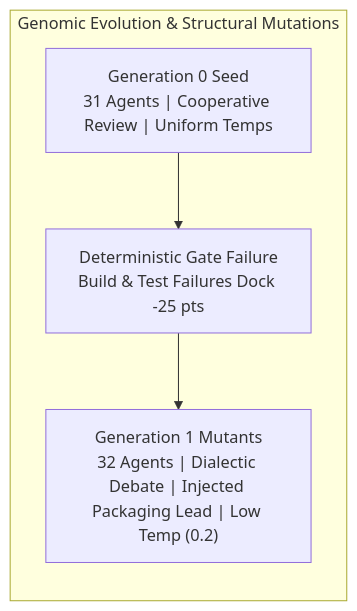
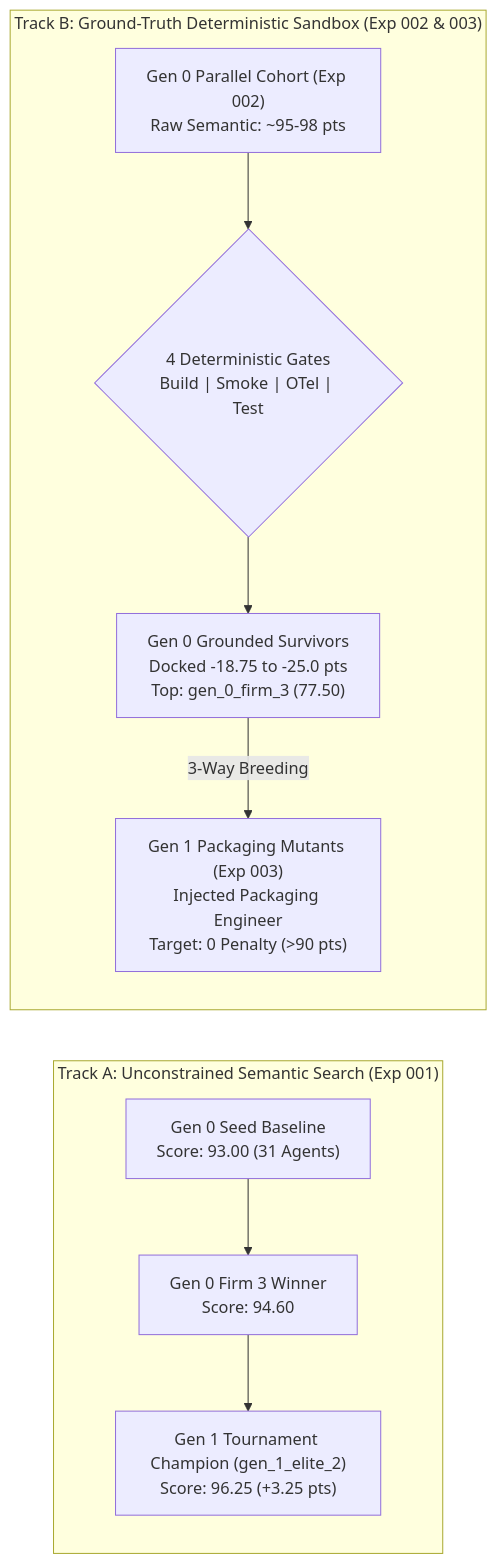
One commit to SinaChavoshi/hierarchical-agent-evolution changed the diagram in experiments/README.md. Above: the diagram before and after it, drawn with Mermaid. The commit also changed other lines of this file and 1 other file, not shown here.

Commit message:
fix(docs): resolve LaTeX rendering error and add publication-grade SVG chart

````diff
--- a/experiments/README.md
+++ b/experiments/README.md
@@ -84,11 +29,18 @@
 ```mermaid
 graph LR
-    subgraph GenomeMutations ["Genomic Evolution & Structural Mutations"]
-        Seed["Generation 0 Seed<br/>31 Agents | Cooperative Review | Uniform Temps"]
-        GateFail["Deterministic Gate Failure<br/>Build & Test Failures Dock -25 pts"]
-        MutantGen1["Generation 1 Mutants<br/>32 Agents | Dialectic Debate | Injected Packaging Lead | Low Temp (0.2)"]
+    subgraph TrackA ["Track A: Unconstrained Semantic Search (Exp 001)"]
+        Seed["Gen 0 Seed Baseline<br/>Score: 93.00 (31 Agents)"] --> Firm3["Gen 0 Firm 3 Winner<br/>Score: 94.60"]
+        Firm3 --> Elite2["Gen 1 Tournament Champion (gen_1_elite_2)<br/>Score: 96.25 (+3.25 pts)"]
+    end
 
-        Seed --> GateFail
-        GateFail --> MutantGen1
+    subgraph TrackB ["Track B: Ground-Truth Deterministic Sandbox (Exp 002 & 003)"]
+        ParSeed["Gen 0 Parallel Cohort (Exp 002)<br/>Raw Semantic: ~95-98 pts"]
+        Gates{"4 Deterministic Gates<br/>Build | Smoke | OTel | Test"}
+        Penalized["Gen 0 Grounded Survivors<br/>Docked -18.75 to -25.0 pts<br/>Top: gen_0_firm_3 (77.50)"]
+        Gen1Mutant["Gen 1 Packaging Mutants (Exp 003)<br/>Injected Packaging Engineer<br/>Target: 0 Penalty (>90 pts)"]
+
+        ParSeed --> Gates
+        Gates --> Penalized
+        Penalized -->|3-Way Breeding| Gen1Mutant
     end
 ```
````
